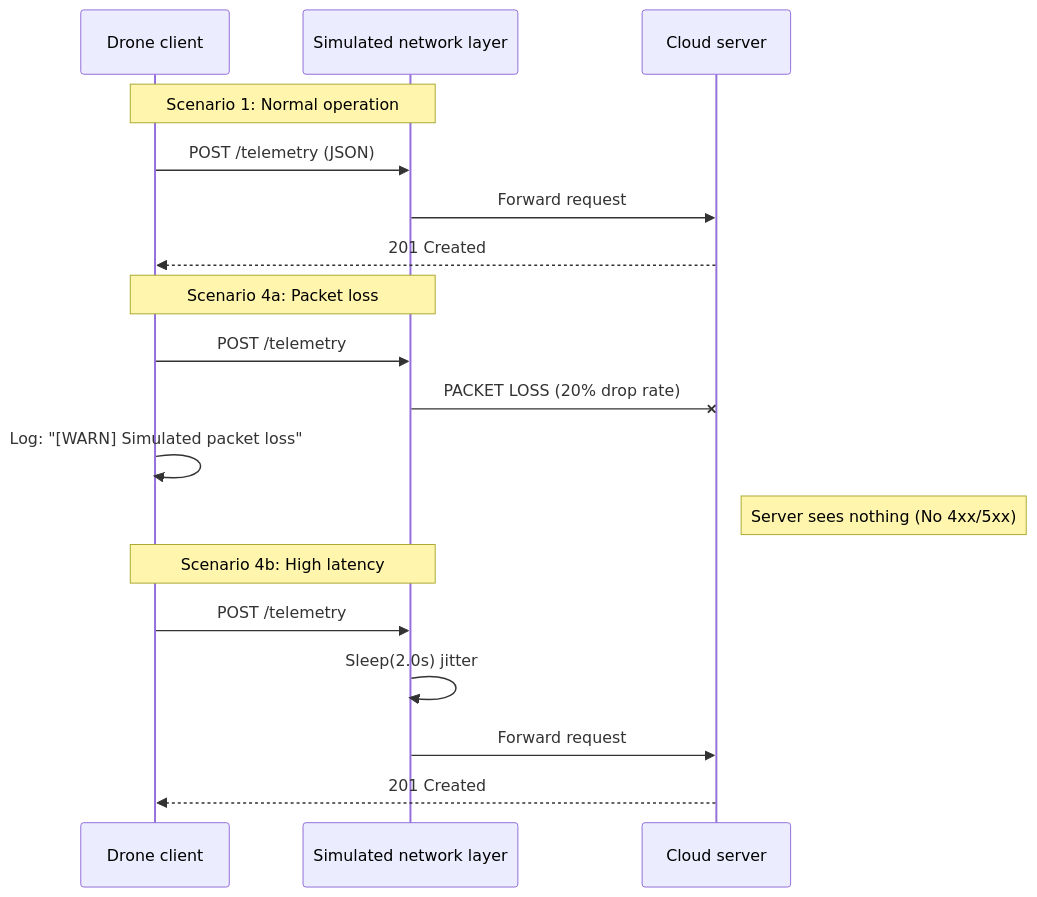
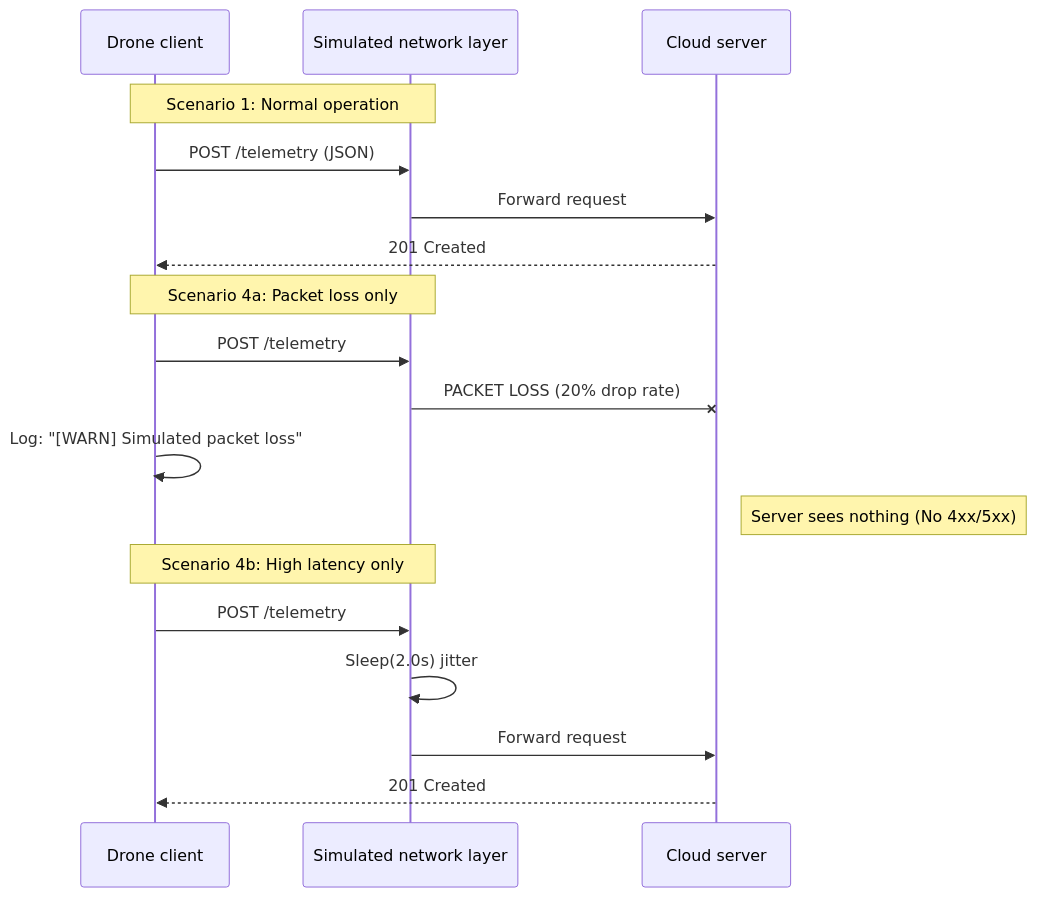
One commit to AdrianFimbres/drone-to-cloud changed the diagram in README.md. Above: the diagram before and after it, drawn with Mermaid. The commit also changed other lines of this file, not shown here.

````diff
--- a/README.md
+++ b/README.md
@@ -69,23 +69,23 @@
 ```mermaid
 sequenceDiagram
     participant Drone as Drone client
     participant Network as Simulated network layer
     participant Cloud as Cloud server
     
     Note over Drone, Network: Scenario 1: Normal operation
     Drone->>Network: POST /telemetry (JSON)
     Network->>Cloud: Forward request
     Cloud-->>Drone: 201 Created
     
-    Note over Drone, Network: Scenario 4a: Packet loss
+    Note over Drone, Network: Scenario 4a: Packet loss only
     Drone->>Network: POST /telemetry
     Network-xCloud: PACKET LOSS (20% drop rate)
     Drone->>Drone: Log: "[WARN] Simulated packet loss"
     Note right of Cloud: Server sees nothing (No 4xx/5xx)
     
-    Note over Drone, Network: Scenario 4b: High latency
+    Note over Drone, Network: Scenario 4b: High latency only
     Drone->>Network: POST /telemetry
     Network->>Network: Sleep(2.0s) jitter
     Network->>Cloud: Forward request
     Cloud-->>Drone: 201 Created
 ```
````
